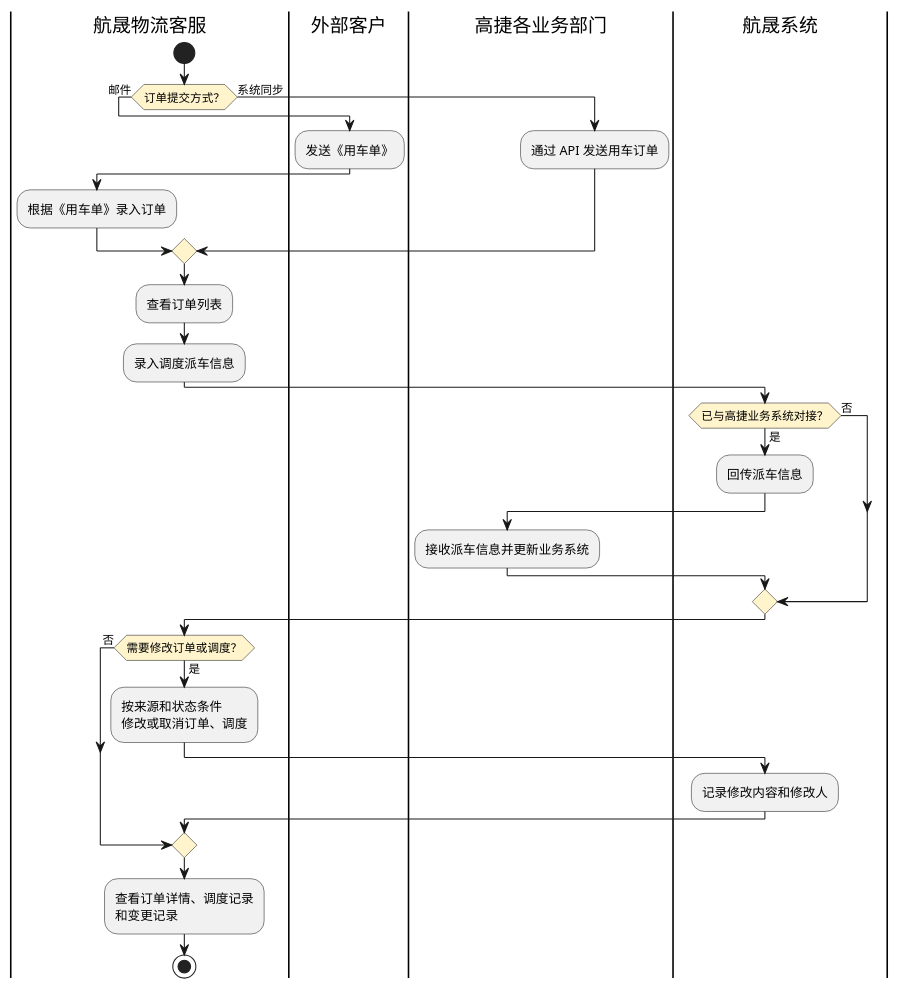
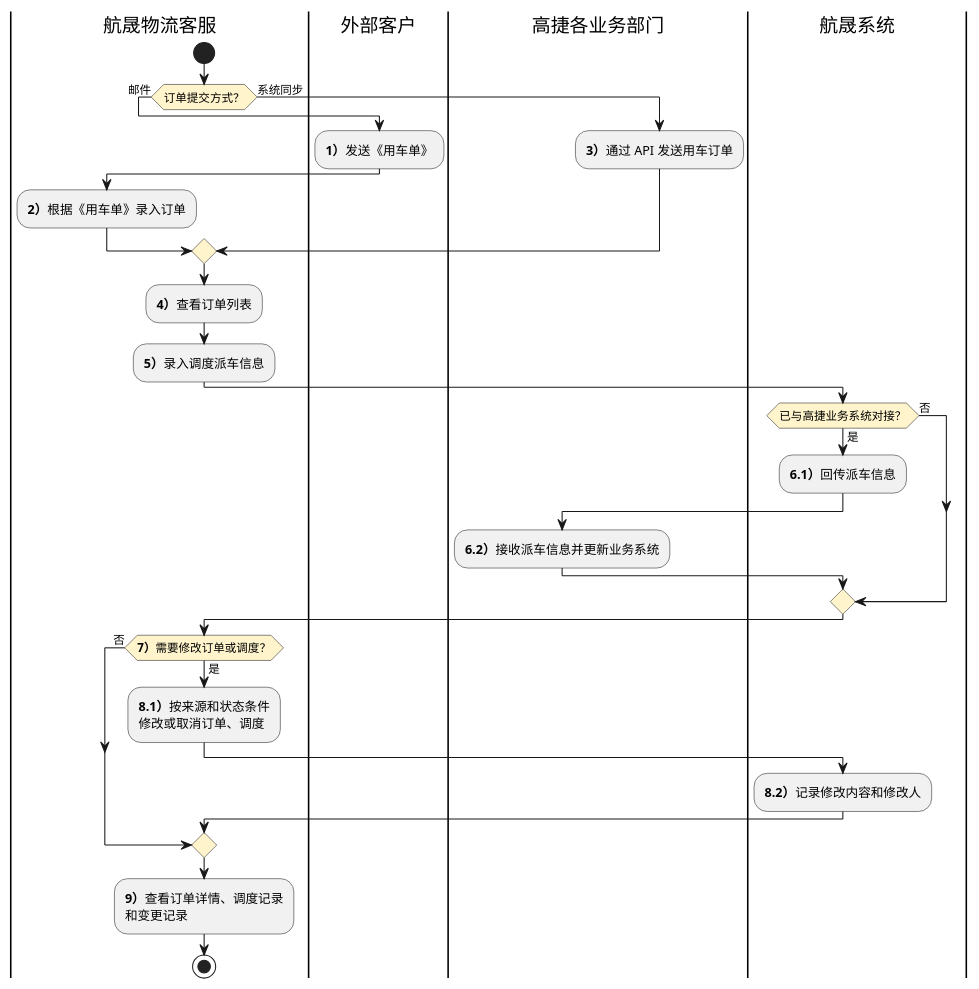
The first of 4 diagrams in product-caliber/goldjet/segmented-prd/PRD.高捷物流系统一期.第015篇.用车-订单管理.32C78B8106.md (jack888332/projects-doc), drawn with PlantUML before and after one commit. The commit also changed other lines of this file and 24 other files, not shown here.

````diff
--- a/product-caliber/goldjet/segmented-prd/PRD.高捷物流系统一期.第015篇.用车-订单管理.32C78B8106.md
+++ b/product-caliber/goldjet/segmented-prd/PRD.高捷物流系统一期.第015篇.用车-订单管理.32C78B8106.md
@@ -59,36 +59,36 @@
 ```plantuml
 @startuml goldjet-015-order-dispatch
 skinparam activityDiamondBackgroundColor #FFF4CC
 |航晟物流客服|
 start
 if (订单提交方式？) then (邮件)
   |外部客户|
-  :发送《用车单》;
+  :**1）**发送《用车单》;
   |航晟物流客服|
-  :根据《用车单》录入订单;
+  :**2）**根据《用车单》录入订单;
 else (系统同步)
   |高捷各业务部门|
-  :通过 API 发送用车订单;
+  :**3）**通过 API 发送用车订单;
 endif
 |航晟物流客服|
-:查看订单列表;
-:录入调度派车信息;
+:**4）**查看订单列表;
+:**5）**录入调度派车信息;
 |航晟系统|
 if (已与高捷业务系统对接？) then (是)
-  :回传派车信息;
+  :**6.1）**回传派车信息;
   |高捷各业务部门|
-  :接收派车信息并更新业务系统;
+  :**6.2）**接收派车信息并更新业务系统;
 else (否)
 endif
 |航晟物流客服|
-if (需要修改订单或调度？) then (是)
-  :按来源和状态条件\n修改或取消订单、调度;
+if (**7）**需要修改订单或调度？) then (是)
+  :**8.1）**按来源和状态条件\n修改或取消订单、调度;
   |航晟系统|
-  :记录修改内容和修改人;
+  :**8.2）**记录修改内容和修改人;
 else (否)
 endif
 |航晟物流客服|
-:查看订单详情、调度记录\n和变更记录;
+:**9）**查看订单详情、调度记录\n和变更记录;
 stop
 @enduml
 ```
````
